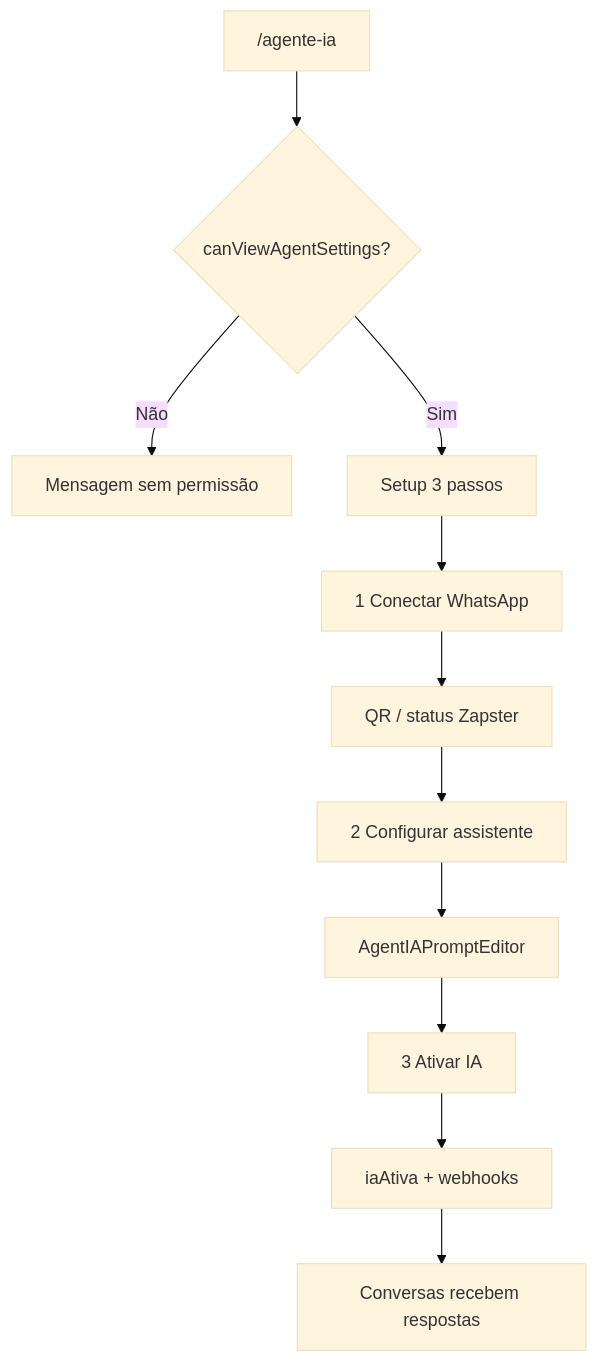
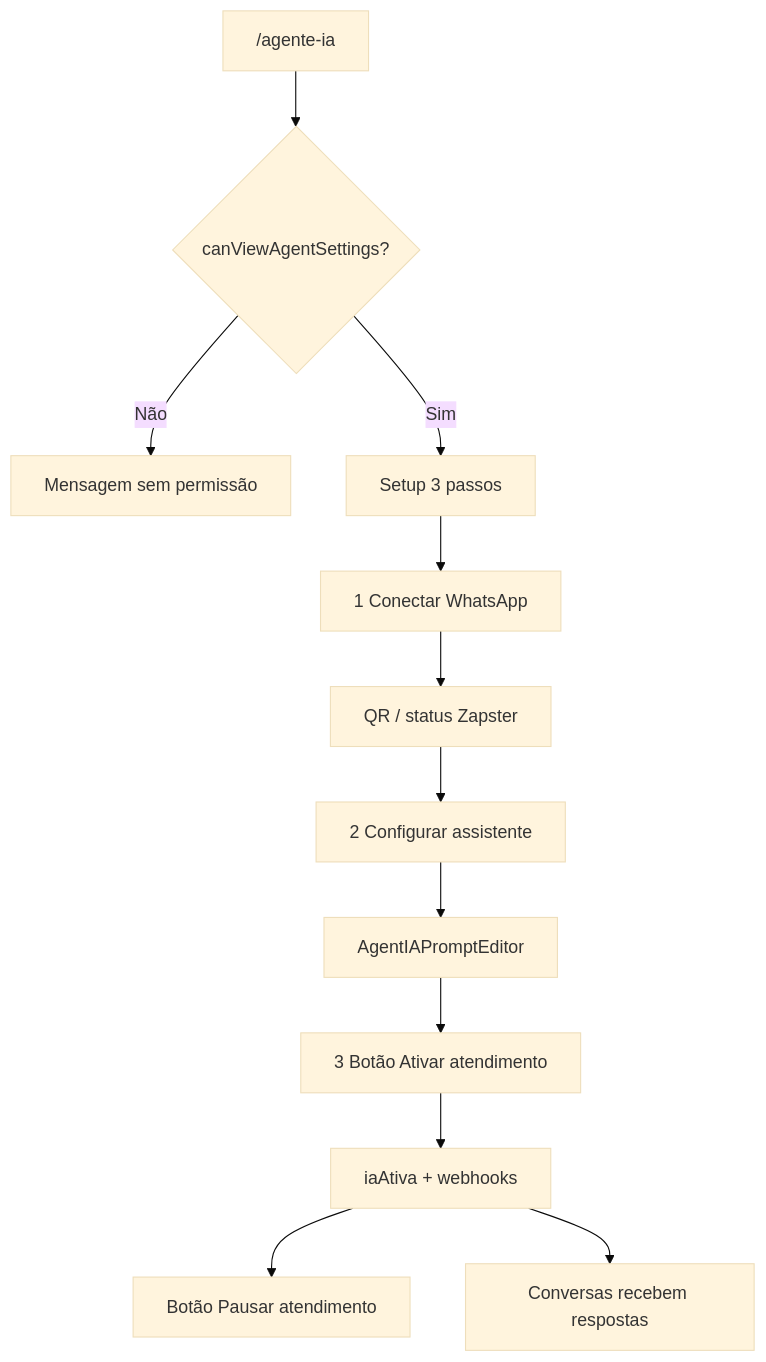
The diagram in docs/flows/atendimento/agente-ia-whatsapp.md (brunaamaralp/bjj), drawn with Mermaid (base theme) before and after one commit. The commit also changed other lines of this file and 49 other files, not shown here.

````diff
--- a/docs/flows/atendimento/agente-ia-whatsapp.md
+++ b/docs/flows/atendimento/agente-ia-whatsapp.md
@@ -30,13 +30,14 @@
 ```mermaid
 flowchart TD
   open["/agente-ia"] --> perm{canViewAgentSettings?}
   perm -->|Não| denied[Mensagem sem permissão]
   perm -->|Sim| steps[Setup 3 passos]
   steps --> s1[1 Conectar WhatsApp]
   s1 --> qr[QR / status Zapster]
   qr --> s2[2 Configurar assistente]
   s2 --> prompt[AgentIAPromptEditor]
-  prompt --> s3[3 Ativar IA]
+  prompt --> s3[3 Botão Ativar atendimento]
   s3 --> active[iaAtiva + webhooks]
+  active --> pause[Botão Pausar atendimento]
   active --> inbox[Conversas recebem respostas]
 ```
````
